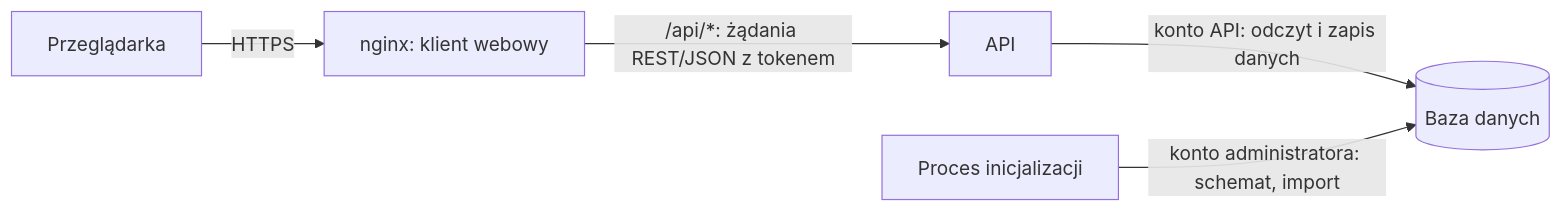
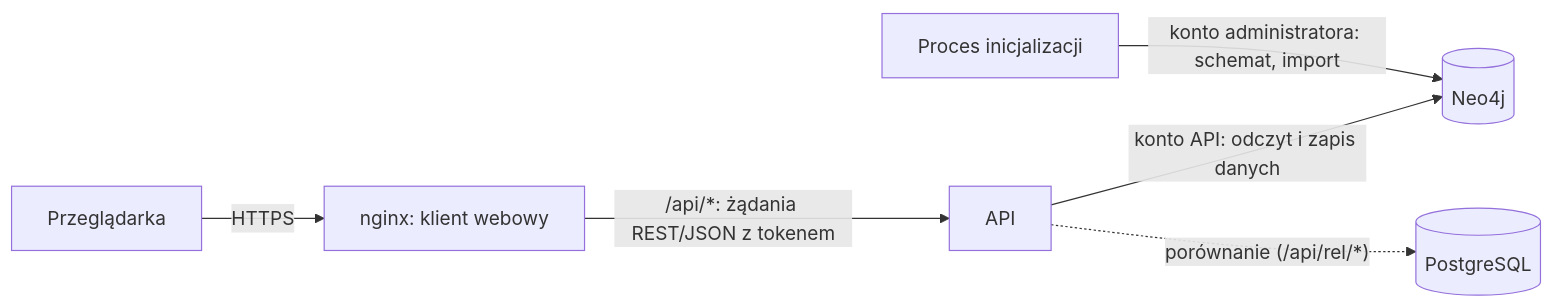
Before and after one commit to brua11a/eng-final: the first of 3 diagrams in praca/brudnopis/Rozdział 3/Projekt systemu.md, drawn with Mermaid. The commit also changed other lines of this file and 87 other files, not shown here.

````diff
--- a/praca/brudnopis/Rozdział 3/Projekt systemu.md
+++ b/praca/brudnopis/Rozdział 3/Projekt systemu.md
@@ -5,7 +5,8 @@
 ```mermaid
 flowchart LR
     P[Przeglądarka] -- HTTPS --> N[nginx: klient webowy]
     N -- "/api/*: żądania REST/JSON z tokenem" --> A[API]
-    A -- "konto API: odczyt i zapis danych" --> D[(Baza danych)]
+    A -- "konto API: odczyt i zapis danych" --> D[(Neo4j)]
+    A -. "porównanie (/api/rel/*)" .-> R[(PostgreSQL)]
     I[Proces inicjalizacji] -- "konto administratora: schemat, import" --> D
 ```
````
